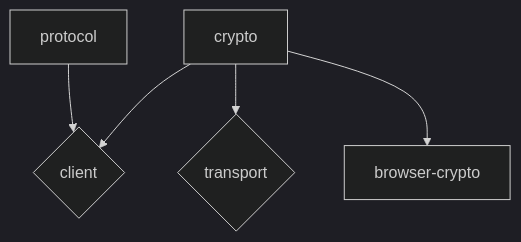
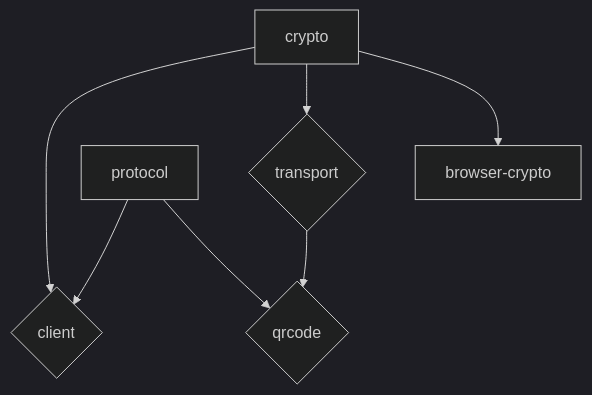
One commit to fintoda/bitahon-client changed the diagram in README.md. Above: the diagram before and after it, drawn with Mermaid (dark theme). The commit also changed other lines of this file, not shown here.

````diff
--- a/README.md
+++ b/README.md
@@ -19,9 +21,12 @@
 ```mermaid
  graph TD
   client{client}
   transport{transport}
+  qrcode{qrcode}
   protocol --> client
   crypto --> client
   crypto --> transport
   crypto --> browser-crypto
+  transport --> qrcode
+  protocol --> qrcode
 ```
````
